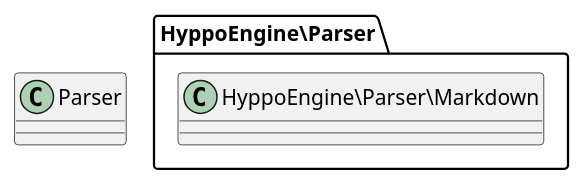
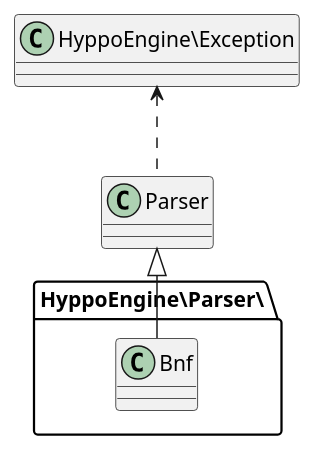
Before and after one commit to inutcin/hyppo-engine: the diagram in docs/classes/wsd/Parser.package.wsd, drawn with PlantUML. The commit also changed 30 other files, not shown here.

```diff
--- a/docs/classes/wsd/Parser.package.wsd
+++ b/docs/classes/wsd/Parser.package.wsd
@@ -1,6 +1,10 @@
-class Parser {
+class HyppoEngine\Parser as "Parser" {
 }
-package HyppoEngine\Parser {
-    class HyppoEngine\Parser\Markdown {
+HyppoEngine\Parser .up.> HyppoEngine\Exception
+
+package HyppoEngine\Parser\ {
+    class HyppoEngine\Parser\Bnf as "Bnf" {
     }
+    HyppoEngine\Parser\Bnf -up-|> HyppoEngine\Parser
+
 }
```
